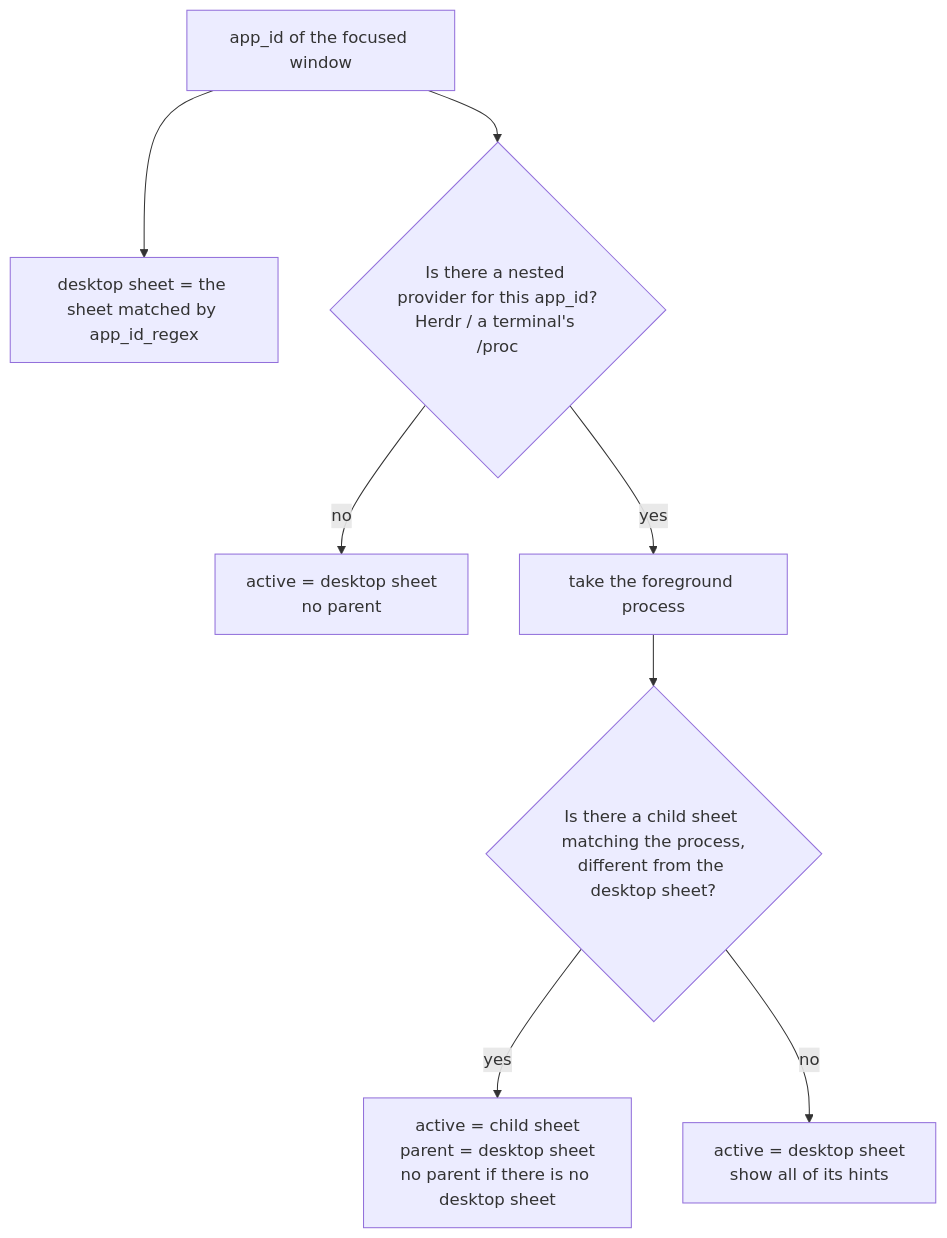
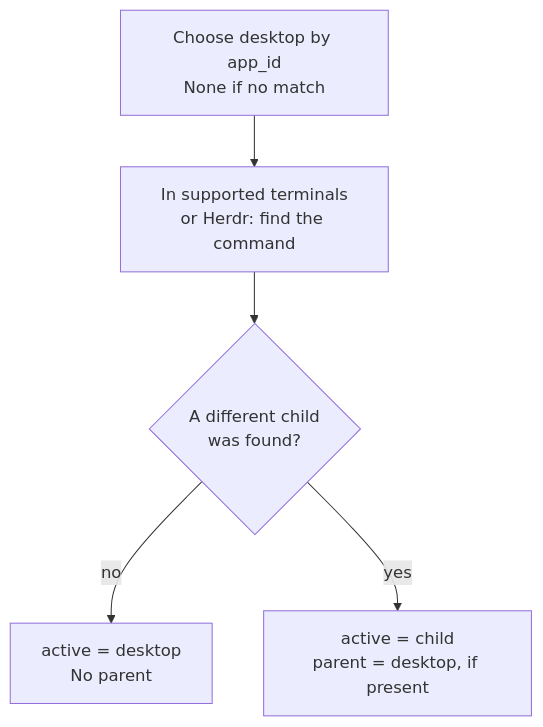
One commit to yasuoeto/wayhint changed the first of 2 diagrams in docs/SHEETS.md. Above: the diagram before and after it, drawn with Mermaid. The commit also changed other lines of this file and 15 other files, not shown here.

First line of the commit message:
docs: 導入手順を入れ方別に分け、操作図と nested / include の説明を直す

````diff
--- a/docs/SHEETS.md
+++ b/docs/SHEETS.md
@@ -22,10 +22,8 @@
 ```mermaid
 flowchart TD
-    A[app_id of the focused window] --> B[desktop sheet = the sheet matched by app_id_regex]
-    A --> C{Is there a nested provider for this app_id?<br/>Herdr / a terminal's /proc}
-    C -- no --> D[active = desktop sheet<br/>no parent]
-    C -- yes --> E[take the foreground process]
-    E --> F{Is there a child sheet matching the process,<br/>different from the desktop sheet?}
-    F -- yes --> G[active = child sheet<br/>parent = desktop sheet<br/>no parent if there is no desktop sheet]
-    F -- no --> H[active = desktop sheet<br/>show all of its hints]
+    A["Choose desktop by app_id<br/>None if no match"]
+    A --> B["In supported terminals<br/>or Herdr: find the command"]
+    B --> C{"A different child<br/>was found?"}
+    C -- "no" --> D["active = desktop<br/>No parent"]
+    C -- "yes" --> E["active = child<br/>parent = desktop, if present"]
 ```
````
